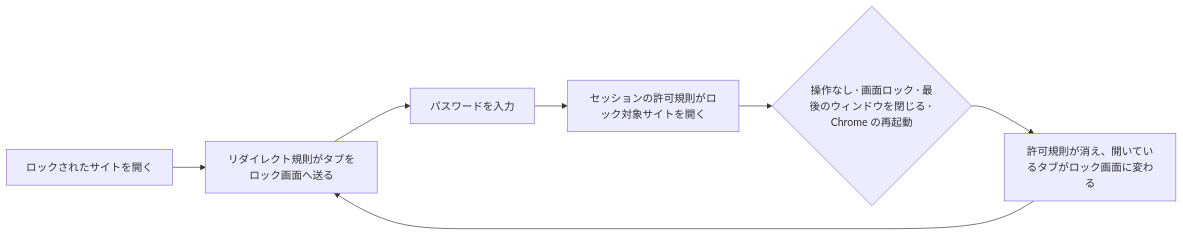
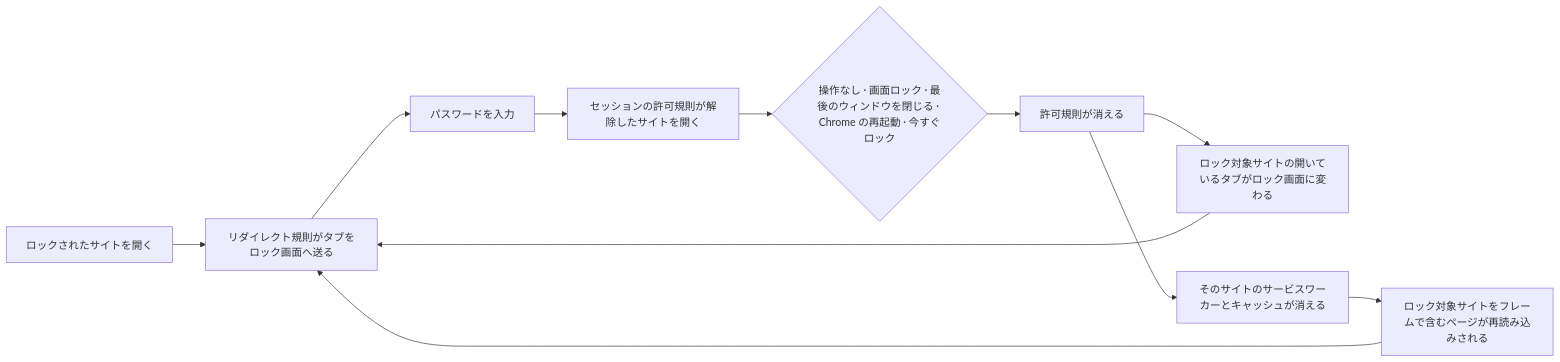
Before and after one commit to xcryptp/for-my-privacy: the diagram in README.ja.md, drawn with Mermaid. The commit also changed other lines of this file and 14 other files, not shown here.

````diff
--- a/README.ja.md
+++ b/README.ja.md
@@ -34,9 +38,13 @@
 ```mermaid
 flowchart LR
     A["ロックされたサイトを開く"] --> B["リダイレクト規則がタブをロック画面へ送る"]
     B --> C["パスワードを入力"]
-    C --> D["セッションの許可規則がロック対象サイトを開く"]
-    D --> E{"操作なし · 画面ロック · 最後のウィンドウを閉じる · Chrome の再起動"}
-    E --> F["許可規則が消え、開いているタブがロック画面に変わる"]
-    F --> B
+    C --> D["セッションの許可規則が解除したサイトを開く"]
+    D --> E{"操作なし · 画面ロック · 最後のウィンドウを閉じる · Chrome の再起動 · 今すぐロック"}
+    E --> F["許可規則が消える"]
+    F --> G["ロック対象サイトの開いているタブがロック画面に変わる"]
+    F --> H["そのサイトのサービスワーカーとキャッシュが消える"]
+    H --> I["ロック対象サイトをフレームで含むページが再読み込みされる"]
+    G --> B
+    I --> B
 ```
````
